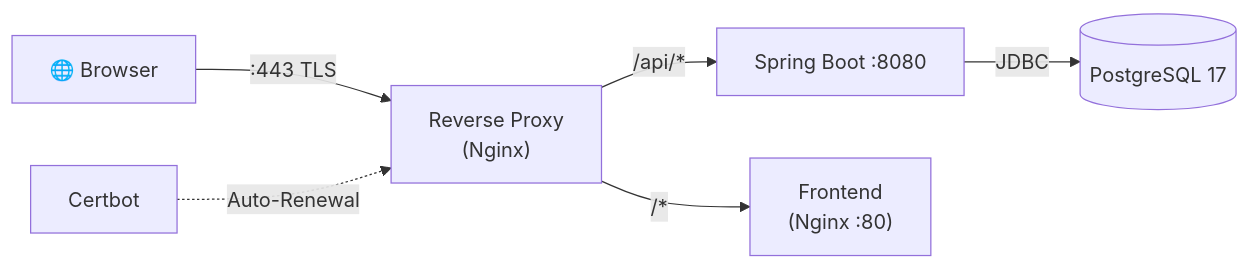
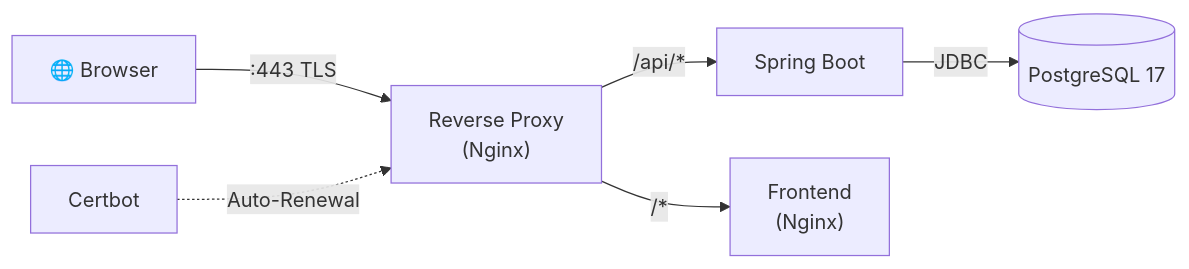
One commit to nicograef/lexiban changed the fifth of 6 diagrams in docs/presentation.md. Above: the diagram before and after it, drawn with Mermaid. The commit also changed other lines of this file, not shown here.

````diff
--- a/docs/presentation.md
+++ b/docs/presentation.md
@@ -405,8 +342,8 @@
 ```mermaid
 graph LR
     Browser["🌐 Browser"] -->|":443 TLS"| RP["Reverse Proxy\n(Nginx)"]
-    RP -->|"/api/*"| Spring["Spring Boot :8080"]
-    RP -->|"/*"| Nginx["Frontend\n(Nginx :80)"]
+    RP -->|"/api/*"| Spring["Spring Boot"]
+    RP -->|"/*"| Nginx["Frontend\n(Nginx)"]
     Spring -->|"JDBC"| PG[("PostgreSQL 17")]
     Certbot["Certbot"] -.->|"Auto-Renewal"| RP
 ```
````
